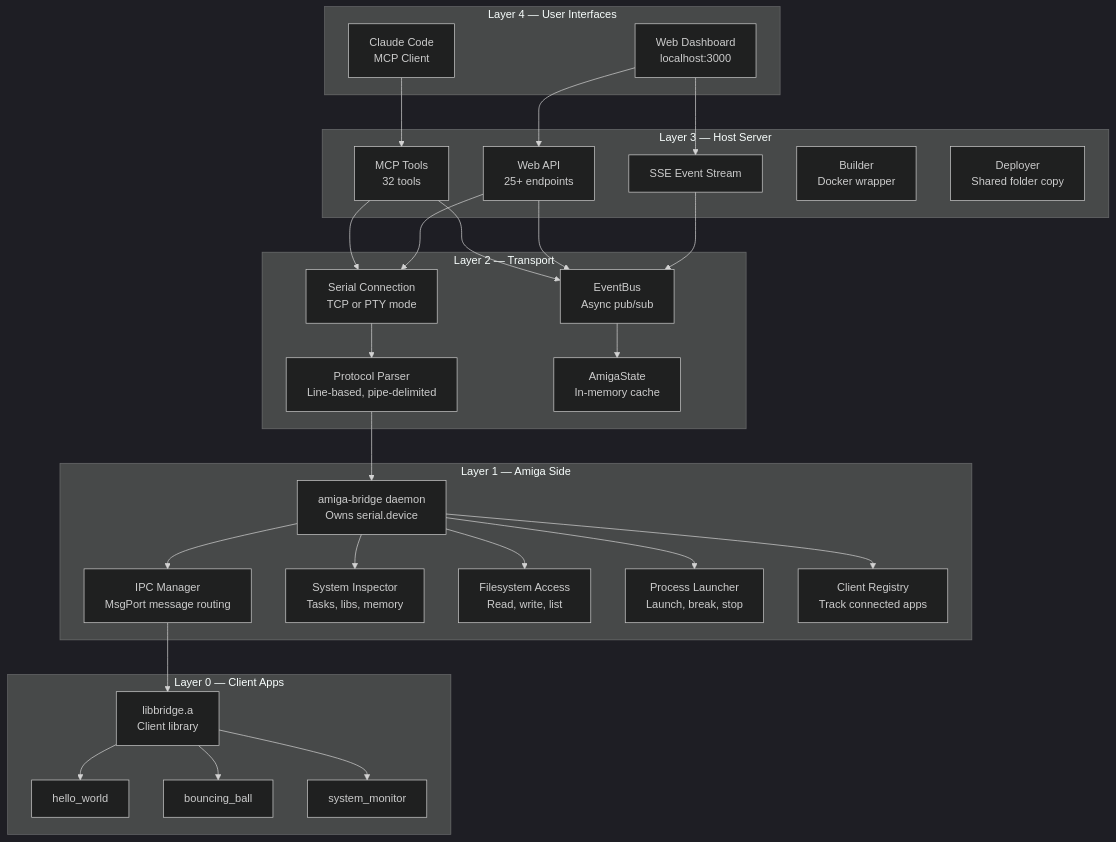
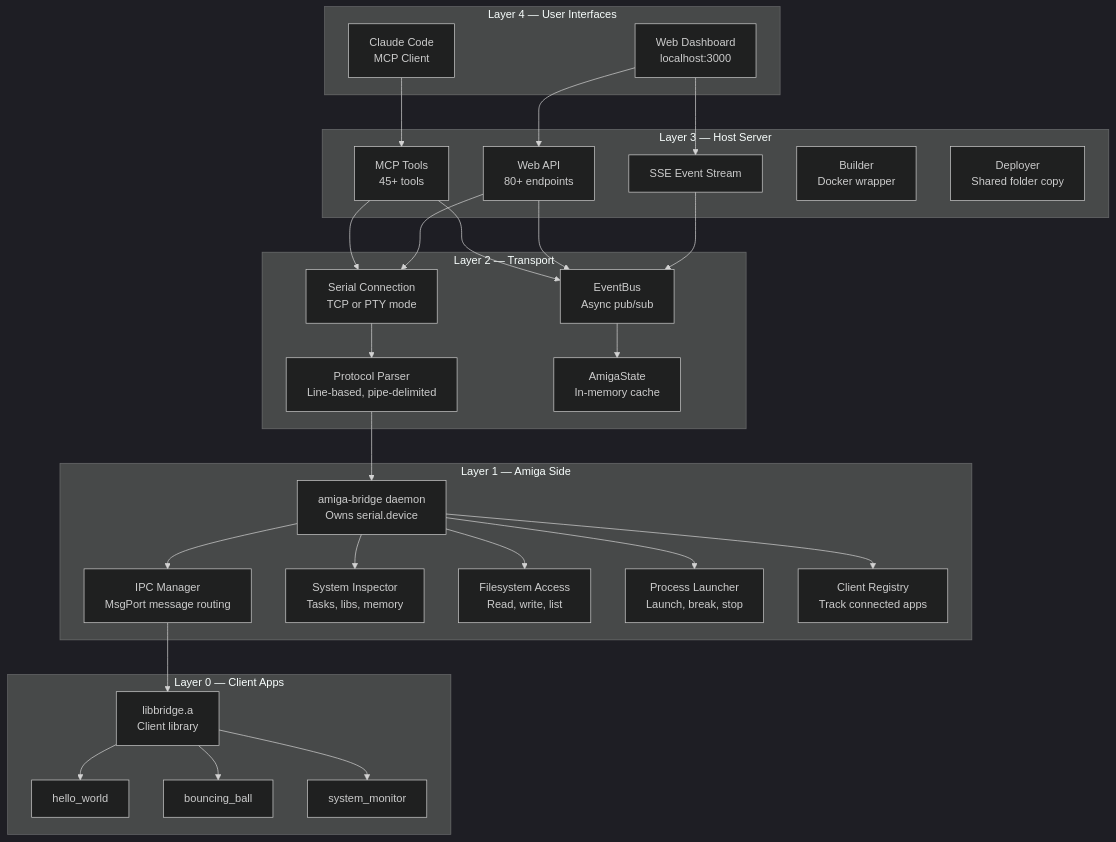
One commit to geekychris/amiga_mcp changed the third of 7 diagrams in README.md. Above: the diagram before and after it, drawn with Mermaid (dark theme). The commit also changed other lines of this file and 28 other files, not shown here.

````diff
--- a/README.md
+++ b/README.md
@@ -97,59 +101,59 @@
 ```mermaid
 graph TB
     subgraph "Layer 4 — User Interfaces"
         CC[Claude Code<br/>MCP Client]
         WEB[Web Dashboard<br/>localhost:3000]
     end
 
     subgraph "Layer 3 — Host Server"
-        MCP_TOOLS[MCP Tools<br/>32 tools]
-        WEB_API[Web API<br/>25+ endpoints]
+        MCP_TOOLS[MCP Tools<br/>45+ tools]
+        WEB_API[Web API<br/>80+ endpoints]
         SSE[SSE Event Stream]
         BUILDER[Builder<br/>Docker wrapper]
         DEPLOYER[Deployer<br/>Shared folder copy]
     end
 
     subgraph "Layer 2 — Transport"
         PROTO[Protocol Parser<br/>Line-based, pipe-delimited]
         SERIAL[Serial Connection<br/>TCP or PTY mode]
         EVENTBUS[EventBus<br/>Async pub/sub]
         STATE[AmigaState<br/>In-memory cache]
     end
 
     subgraph "Layer 1 — Amiga Side"
         DAEMON[amiga-bridge daemon<br/>Owns serial.device]
         IPC[IPC Manager<br/>MsgPort message routing]
         SYSINFO[System Inspector<br/>Tasks, libs, memory]
         FS[Filesystem Access<br/>Read, write, list]
         PROC[Process Launcher<br/>Launch, break, stop]
         CLIENT_REG[Client Registry<br/>Track connected apps]
     end
 
     subgraph "Layer 0 — Client Apps"
         LIB[libbridge.a<br/>Client library]
         APP1[hello_world]
         APP2[bouncing_ball]
         APP3[system_monitor]
     end
 
     CC --> MCP_TOOLS
     WEB --> WEB_API
     WEB --> SSE
     MCP_TOOLS --> EVENTBUS
     WEB_API --> EVENTBUS
     SSE --> EVENTBUS
     MCP_TOOLS --> SERIAL
     WEB_API --> SERIAL
     EVENTBUS --> STATE
     SERIAL --> PROTO
     PROTO --> DAEMON
     DAEMON --> IPC
     DAEMON --> SYSINFO
     DAEMON --> FS
     DAEMON --> PROC
     DAEMON --> CLIENT_REG
     IPC --> LIB
     LIB --> APP1
     LIB --> APP2
     LIB --> APP3
 ```
````
